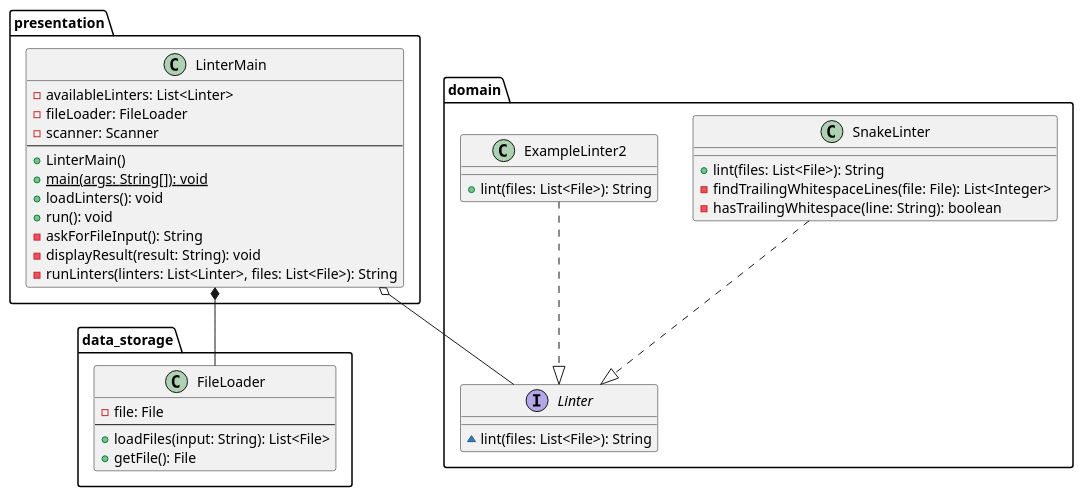
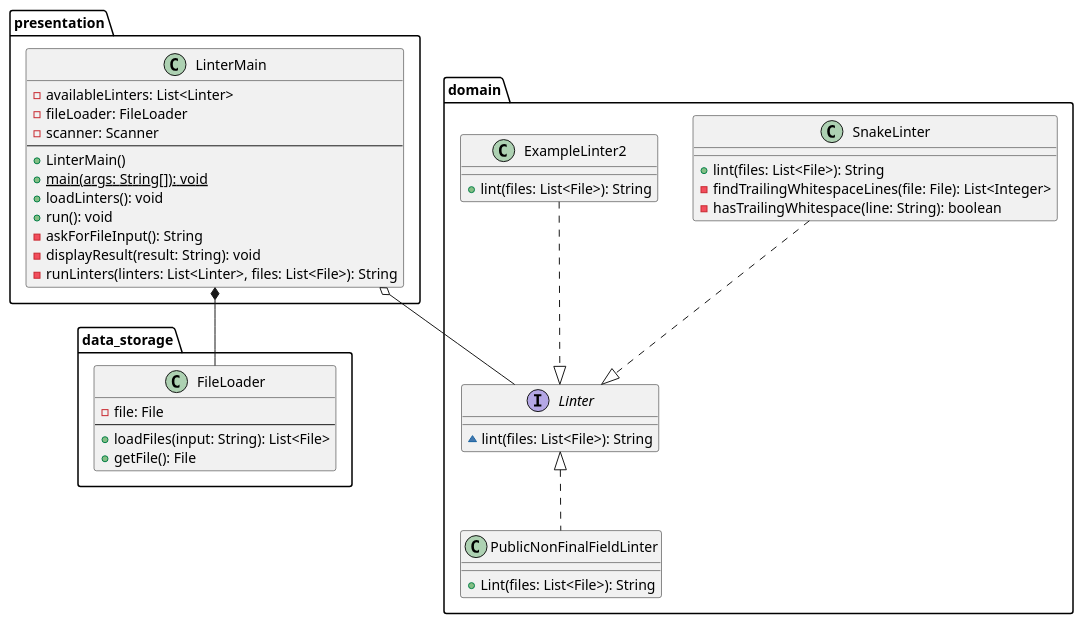
The diagram in current.puml (rhit-medleymc/CSSE374-Linter-Project), drawn with PlantUML before and after one commit.

Commit message:
uml change

```diff
--- a/current.puml
+++ b/current.puml
@@ -6,47 +6,51 @@
 @startuml
 package data_storage{
   class FileLoader {
     -file: File
     --
     +loadFiles(input: String): List<File>
     +getFile(): File
   }
 }
 
 package domain{
   class SnakeLinter {
     +lint(files: List<File>): String
     -findTrailingWhitespaceLines(file: File): List<Integer>
     -hasTrailingWhitespace(line: String): boolean
   }
+
+  class PublicNonFinalFieldLinter implements Linter{
+            +Lint(files: List<File>): String
+        }
 
   class ExampleLinter2 {
     +lint(files: List<File>): String
   }
 
   interface Linter {
     ~lint(files: List<File>): String
   }
 }
 
 package presentation{
   class LinterMain {
     -availableLinters: List<Linter>
     -fileLoader: FileLoader
     -scanner: Scanner
     --
     +LinterMain()
     +{static} main(args: String[]): void
     +loadLinters(): void
     +run(): void
     -askForFileInput(): String
     -displayResult(result: String): void
     -runLinters(linters: List<Linter>, files: List<File>): String
   }
 }
 
 SnakeLinter ..|> Linter
 ExampleLinter2 ..|> Linter
 LinterMain o-- Linter
 LinterMain *-- FileLoader
 @enduml
```
